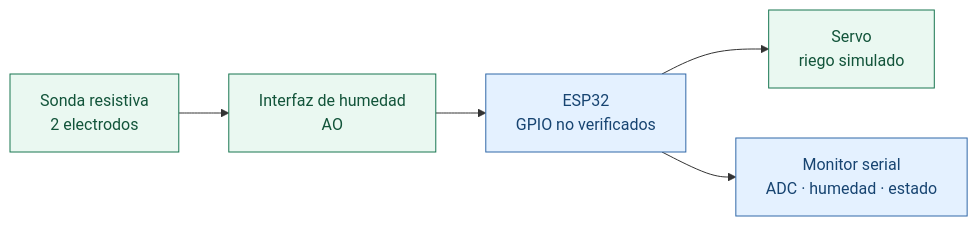
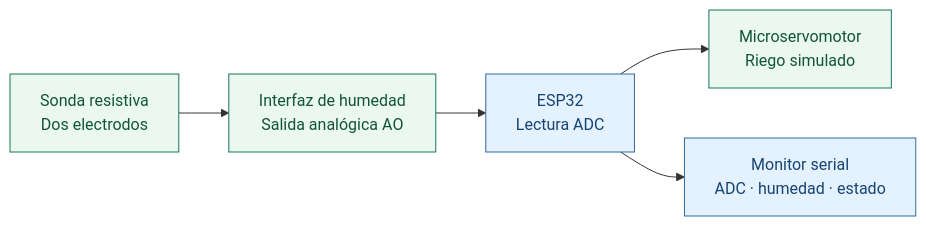
The diagram in assets/diagramas/arquitectura-actual.mmd (spalacioc05/jardin-inteligente-iot-capa-percepcion), drawn with Mermaid before and after one commit. The commit also changed 24 other files, not shown here.

Commit message:
docs: refine perception deliverable and Mermaid diagrams; fix reference control error handling

```diff
--- a/assets/diagramas/arquitectura-actual.mmd
+++ b/assets/diagramas/arquitectura-actual.mmd
@@ -1,14 +1,9 @@
 flowchart LR
-  A["Sonda resistiva
-2 electrodos"] --> B["Interfaz de humedad
-AO"]
-  B --> C["ESP32
-GPIO no verificados"]
-  C --> D["Servo
-riego simulado"]
-  C --> E["Monitor serial
-ADC · humedad · estado"]
+  S["Sonda resistiva<br/>Dos electrodos"] --> I["Interfaz de humedad<br/>Salida analógica AO"]
+  I --> E["ESP32<br/>Lectura ADC"]
+  E --> V["Microservomotor<br/>Riego simulado"]
+  E --> C["Monitor serial<br/>ADC · humedad · estado"]
   classDef sensor fill:#eaf8f1,stroke:#187651,color:#12543a
   classDef control fill:#e4f1ff,stroke:#3168a8,color:#174471
-  class A,B,D sensor
-  class C,E control
+  class S,I,V sensor
+  class E,C control
```
